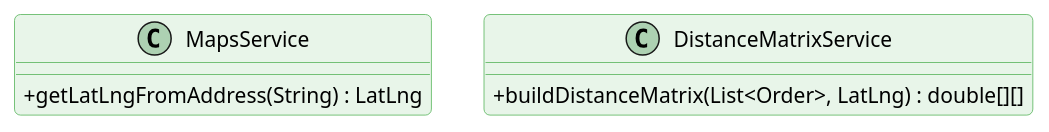
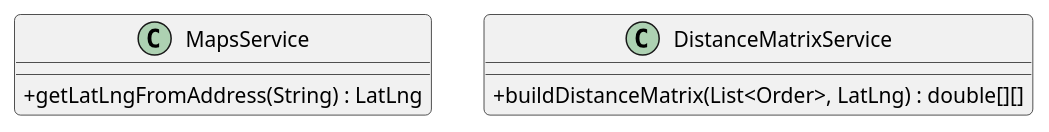
One commit to yahavrabi/smart_delivery_proj changed the diagram in BOOK/uml-diagrams/every Class UML sperately/services/MapsService.puml. Above: the diagram before and after it, drawn with PlantUML. The commit also changed 14 other files, not shown here.

Commit message:
final product with updated UML 26/5/2026 22:50

```diff
--- a/BOOK/uml-diagrams/every Class UML sperately/services/MapsService.puml
+++ b/BOOK/uml-diagrams/every Class UML sperately/services/MapsService.puml
@@ -1,19 +1,14 @@
 @startuml MapsServicesClass
 skinparam classAttributeIconSize 0
 skinparam roundcorner 8
 skinparam shadowlighting false
-skinparam class {
-    BackgroundColor #E8F5E9
-    BorderColor #4CAF50
-    FontName "Segoe UI"
-    HeaderFontStyle bold
-}
+
 
 class MapsService {
     + getLatLngFromAddress(String) : LatLng
 }
 
 class DistanceMatrixService {
     + buildDistanceMatrix(List<Order>, LatLng) : double[][]
 }
 @enduml
```
